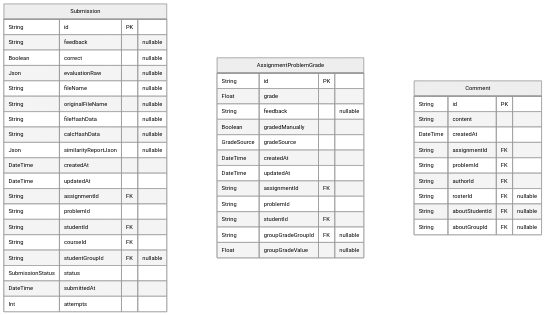
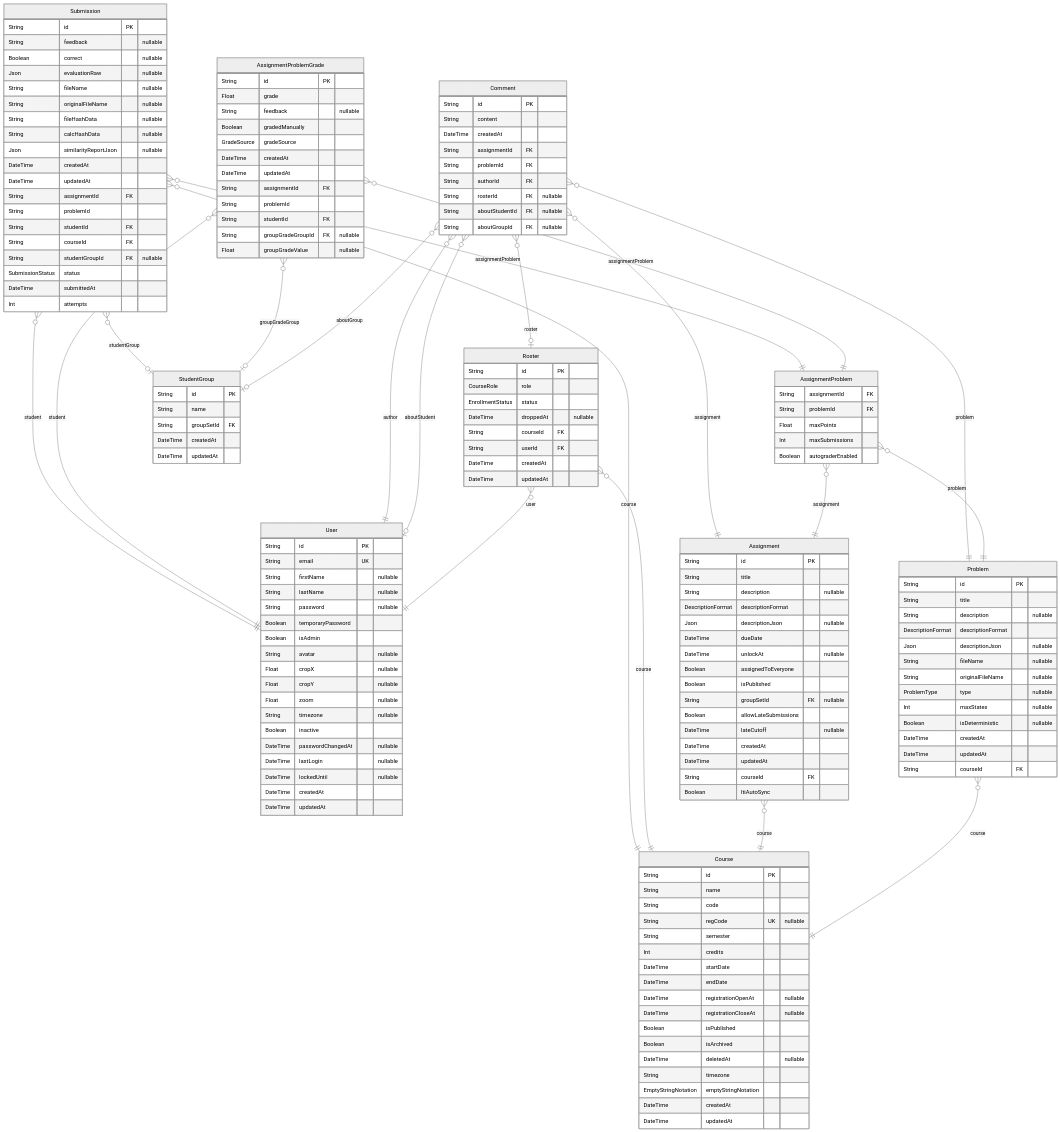
Before and after one commit to PennStateCS/AFCT: the fourth of 5 diagrams in docs-site/docs/reference/database-schema.md, drawn with Mermaid (neutral theme). The commit also changed other lines of this file and 1 other file, not shown here.

````diff
--- a/docs-site/docs/reference/database-schema.md
+++ b/docs-site/docs/reference/database-schema.md
@@ -885,4 +1075,119 @@
   String aboutStudentId FK "nullable"
   String aboutGroupId FK "nullable"
 }
+"User" {
+  String id PK
+  String email UK
+  String firstName "nullable"
+  String lastName "nullable"
+  String password "nullable"
+  Boolean temporaryPassword
+  Boolean isAdmin
+  String avatar "nullable"
+  Float cropX "nullable"
+  Float cropY "nullable"
+  Float zoom "nullable"
+  String timezone "nullable"
+  Boolean inactive
+  DateTime passwordChangedAt "nullable"
+  DateTime lastLogin "nullable"
+  DateTime lockedUntil "nullable"
+  DateTime createdAt
+  DateTime updatedAt
+}
+"Course" {
+  String id PK
+  String name
+  String code
+  String regCode UK "nullable"
+  String semester
+  Int credits
+  DateTime startDate
+  DateTime endDate
+  DateTime registrationOpenAt "nullable"
+  DateTime registrationCloseAt "nullable"
+  Boolean isPublished
+  Boolean isArchived
+  DateTime deletedAt "nullable"
+  String timezone
+  EmptyStringNotation emptyStringNotation
+  DateTime createdAt
+  DateTime updatedAt
+}
+"Roster" {
+  String id PK
+  CourseRole role
+  EnrollmentStatus status
+  DateTime droppedAt "nullable"
+  String courseId FK
+  String userId FK
+  DateTime createdAt
+  DateTime updatedAt
+}
+"Assignment" {
+  String id PK
+  String title
+  String description "nullable"
+  DescriptionFormat descriptionFormat
+  Json descriptionJson "nullable"
+  DateTime dueDate
+  DateTime unlockAt "nullable"
+  Boolean assignedToEveryone
+  Boolean isPublished
+  String groupSetId FK "nullable"
+  Boolean allowLateSubmissions
+  DateTime lateCutoff "nullable"
+  DateTime createdAt
+  DateTime updatedAt
+  String courseId FK
+  Boolean ltiAutoSync
+}
+"Problem" {
+  String id PK
+  String title
+  String description "nullable"
+  DescriptionFormat descriptionFormat
+  Json descriptionJson "nullable"
+  String fileName "nullable"
+  String originalFileName "nullable"
+  ProblemType type "nullable"
+  Int maxStates "nullable"
+  Boolean isDeterministic "nullable"
+  DateTime createdAt
+  DateTime updatedAt
+  String courseId FK
+}
+"AssignmentProblem" {
+  String assignmentId FK
+  String problemId FK
+  Float maxPoints
+  Int maxSubmissions
+  Boolean autograderEnabled
+}
+"StudentGroup" {
+  String id PK
+  String name
+  String groupSetId FK
+  DateTime createdAt
+  DateTime updatedAt
+}
+"Submission" }o--|| "AssignmentProblem" : assignmentProblem
+"Submission" }o--|| "User" : student
+"Submission" }o--|| "Course" : course
+"Submission" }o--o| "StudentGroup" : studentGroup
+"AssignmentProblemGrade" }o--|| "AssignmentProblem" : assignmentProblem
+"AssignmentProblemGrade" }o--|| "User" : student
+"AssignmentProblemGrade" }o--o| "StudentGroup" : groupGradeGroup
+"Comment" }o--|| "Assignment" : assignment
+"Comment" }o--|| "Problem" : problem
+"Comment" }o--|| "User" : author
+"Comment" }o--o| "Roster" : roster
+"Comment" }o--o| "User" : aboutStudent
+"Comment" }o--o| "StudentGroup" : aboutGroup
+"Roster" }o--|| "Course" : course
+"Roster" }o--|| "User" : user
+"Assignment" }o--|| "Course" : course
+"Problem" }o--|| "Course" : course
+"AssignmentProblem" }o--|| "Assignment" : assignment
+"AssignmentProblem" }o--|| "Problem" : problem
 ```
````
